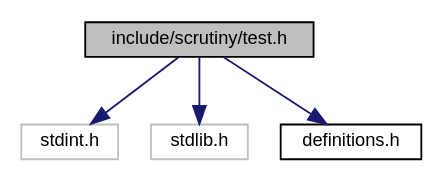
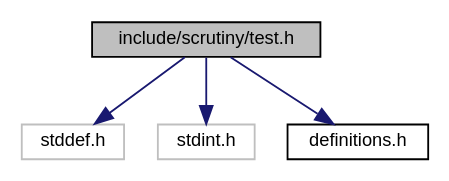
One commit to nickeldan/scrutiny changed the diagram in docs/test_8h__incl.dot. Above: the diagram before and after it, drawn with Graphviz. The commit also changed 31 other files, not shown here.

```diff
--- a/docs/test_8h__incl.dot
+++ b/docs/test_8h__incl.dot
@@ -1,13 +1,13 @@
 digraph "include/scrutiny/test.h"
 {
  // LATEX_PDF_SIZE
   edge [fontname="Helvetica",fontsize="10",labelfontname="Helvetica",labelfontsize="10"];
   node [fontname="Helvetica",fontsize="10",shape=record];
   Node1 [label="include/scrutiny/test.h",height=0.2,width=0.4,color="black", fillcolor="grey75", style="filled", fontcolor="black",tooltip="Defines the test macros."];
   Node1 -> Node2 [color="midnightblue",fontsize="10",style="solid",fontname="Helvetica"];
-  Node2 [label="stdint.h",height=0.2,width=0.4,color="grey75", fillcolor="white", style="filled",tooltip=" "];
+  Node2 [label="stddef.h",height=0.2,width=0.4,color="grey75", fillcolor="white", style="filled",tooltip=" "];
   Node1 -> Node3 [color="midnightblue",fontsize="10",style="solid",fontname="Helvetica"];
-  Node3 [label="stdlib.h",height=0.2,width=0.4,color="grey75", fillcolor="white", style="filled",tooltip=" "];
+  Node3 [label="stdint.h",height=0.2,width=0.4,color="grey75", fillcolor="white", style="filled",tooltip=" "];
   Node1 -> Node4 [color="midnightblue",fontsize="10",style="solid",fontname="Helvetica"];
   Node4 [label="definitions.h",height=0.2,width=0.4,color="black", fillcolor="white", style="filled",URL="$definitions_8h_source.html",tooltip=" "];
 }
```
